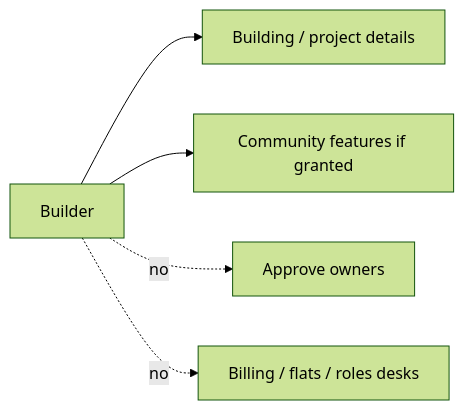
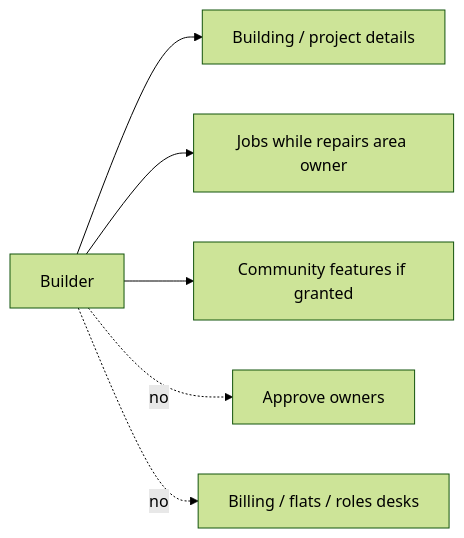
One commit to alnlabs/rv-uddipta-portal changed the seventh of 23 diagrams in docs/ROLES.md. Above: the diagram before and after it, drawn with Mermaid (forest theme). The commit also changed other lines of this file and 30 other files, not shown here.

````diff
--- a/docs/ROLES.md
+++ b/docs/ROLES.md
@@ -176,8 +178,9 @@
 ```mermaid
 flowchart LR
   B[Builder]
   B --> BD[Building / project details]
+  B --> J[Jobs while repairs area owner]
   B --> CF[Community features if granted]
   B -.->|no| AP[Approve owners]
   B -.->|no| BL[Billing / flats / roles desks]
 ```
````
